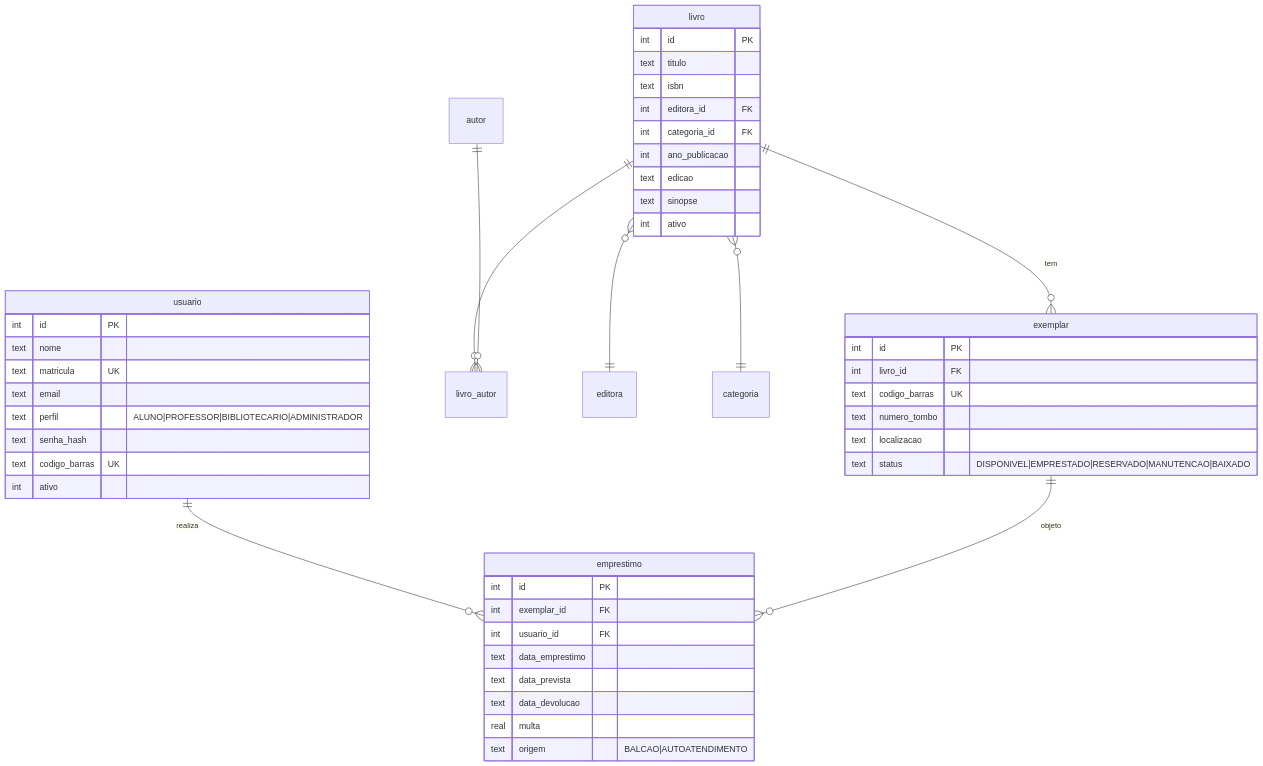
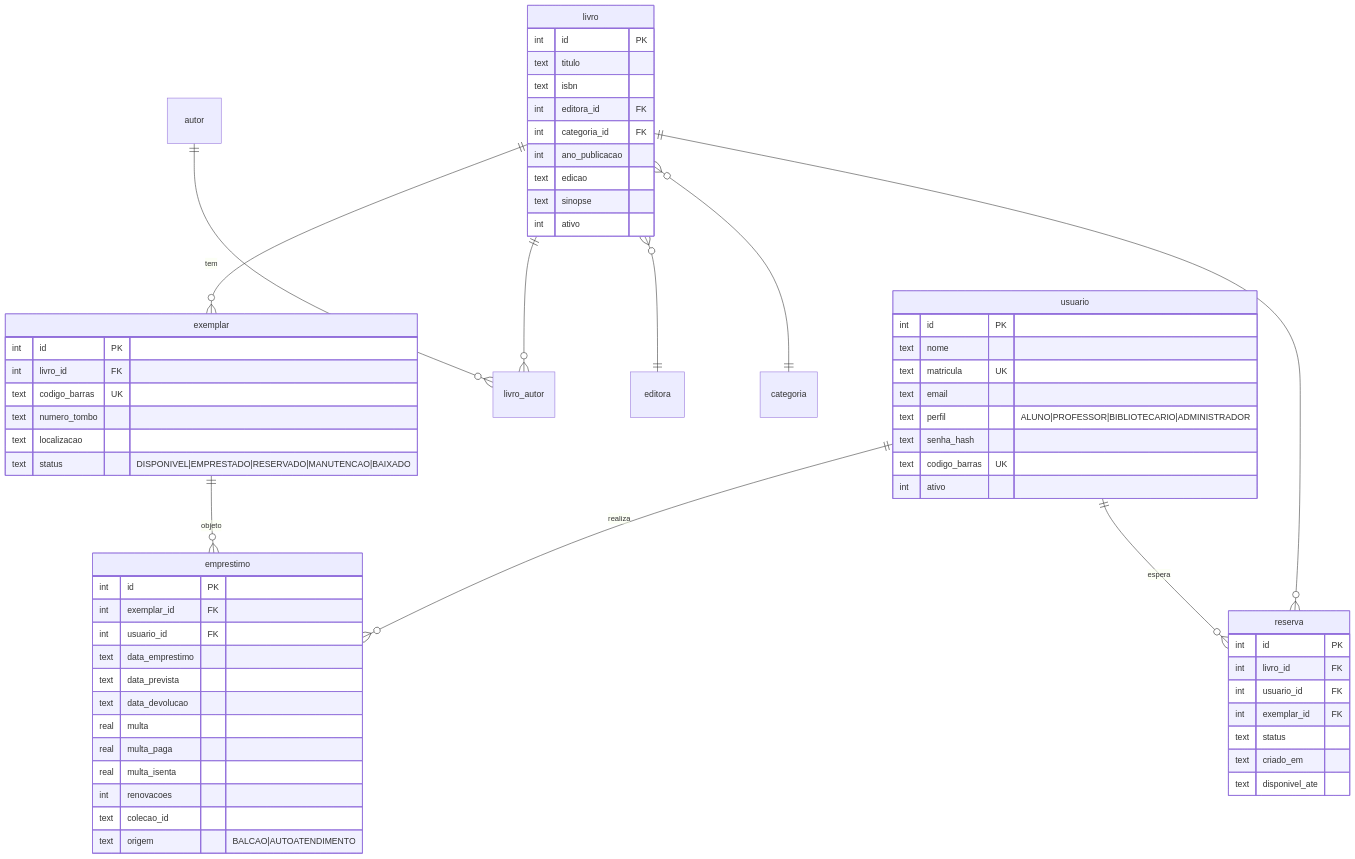
One commit to marcelin1555/SIGBEF changed the third of 3 diagrams in README.md. Above: the diagram before and after it, drawn with Mermaid. The commit also changed other lines of this file, not shown here.

````diff
--- a/README.md
+++ b/README.md
@@ -459,53 +415,69 @@
 ```mermaid
 erDiagram
     livro ||--o{ exemplar : "tem"
     livro ||--o{ livro_autor : ""
     autor ||--o{ livro_autor : ""
     livro }o--|| editora : ""
     livro }o--|| categoria : ""
     usuario ||--o{ emprestimo : "realiza"
     exemplar ||--o{ emprestimo : "objeto"
+    usuario ||--o{ reserva : "espera"
+    livro ||--o{ reserva : ""
 
     livro {
         int id PK
         text titulo
         text isbn
         int editora_id FK
         int categoria_id FK
         int ano_publicacao
         text edicao
         text sinopse
         int ativo
     }
 
     exemplar {
         int id PK
         int livro_id FK
         text codigo_barras UK
         text numero_tombo
         text localizacao
         text status "DISPONIVEL|EMPRESTADO|RESERVADO|MANUTENCAO|BAIXADO"
     }
 
     usuario {
         int id PK
         text nome
         text matricula UK
         text email
         text perfil "ALUNO|PROFESSOR|BIBLIOTECARIO|ADMINISTRADOR"
         text senha_hash
         text codigo_barras UK
         int ativo
     }
 
     emprestimo {
         int id PK
         int exemplar_id FK
         int usuario_id FK
         text data_emprestimo
         text data_prevista
         text data_devolucao
         real multa
+        real multa_paga
+        real multa_isenta
+        int renovacoes
+        text colecao_id
         text origem "BALCAO|AUTOATENDIMENTO"
     }
+
+    reserva {
+        int id PK
+        int livro_id FK
+        int usuario_id FK
+        int exemplar_id FK
+        text status
+        text criado_em
+        text disponivel_ate
+    }
 ```
````
